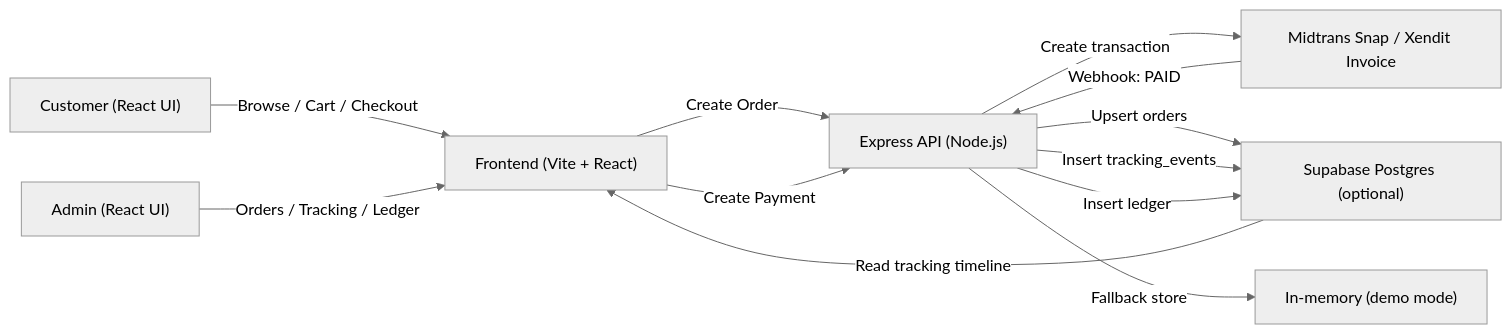
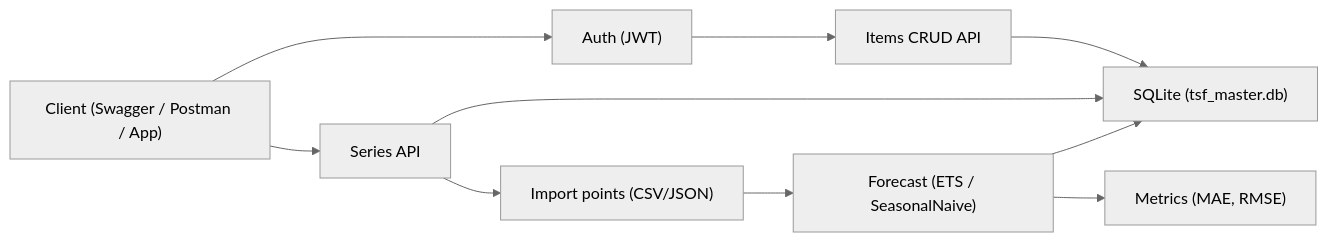
One commit to yirassssindaba-coder/time-series-forecasting changed the diagram in README.md. Above: the diagram before and after it, drawn with Mermaid (neutral theme). The commit also changed other lines of this file, not shown here.

````diff
--- a/README.md
+++ b/README.md
@@ -112,18 +126,12 @@
 ```mermaid
 flowchart LR
-  U["Customer (React UI)"] -->|Browse / Cart / Checkout| FE["Frontend (Vite + React)"]
-  A["Admin (React UI)"] -->|Orders / Tracking / Ledger| FE
-
-  FE -->|Create Order| API["Express API (Node.js)"]
-  FE -->|Create Payment| API
-
-  API -->|Create transaction| PAY["Midtrans Snap / Xendit Invoice"]
-  PAY -->|Webhook: PAID| API
-
-  API -->|Upsert orders| DB["Supabase Postgres (optional)"]
-  API -->|Insert tracking_events| DB
-  API -->|Insert ledger| DB
-
-  DB -->|Read tracking timeline| FE
-  API -->|Fallback store| MEM["In-memory (demo mode)"]
+  C["Client (Swagger / Postman / App)"] --> A["Auth (JWT)"]
+  A --> I["Items CRUD API"]
+  C --> S["Series API"]
+  S --> P["Import points (CSV/JSON)"]
+  P --> F["Forecast (ETS / SeasonalNaive)"]
+  F --> M["Metrics (MAE, RMSE)"]
+  I --> DB["SQLite (tsf_master.db)"]
+  S --> DB
+  F --> DB
 ```
````
